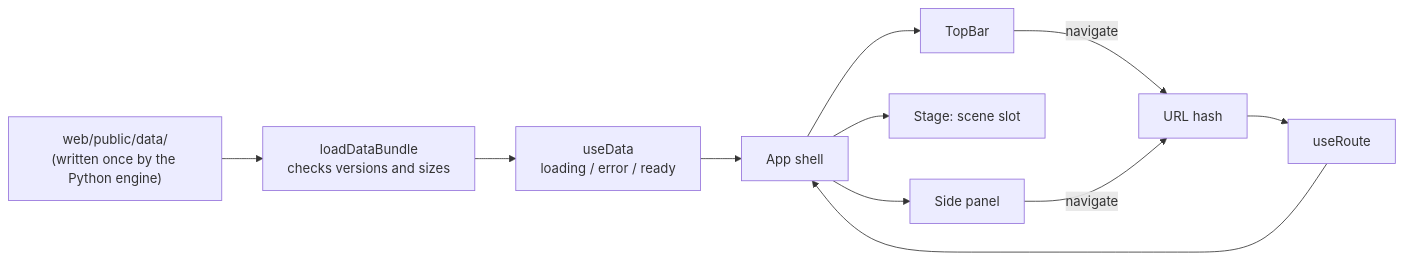
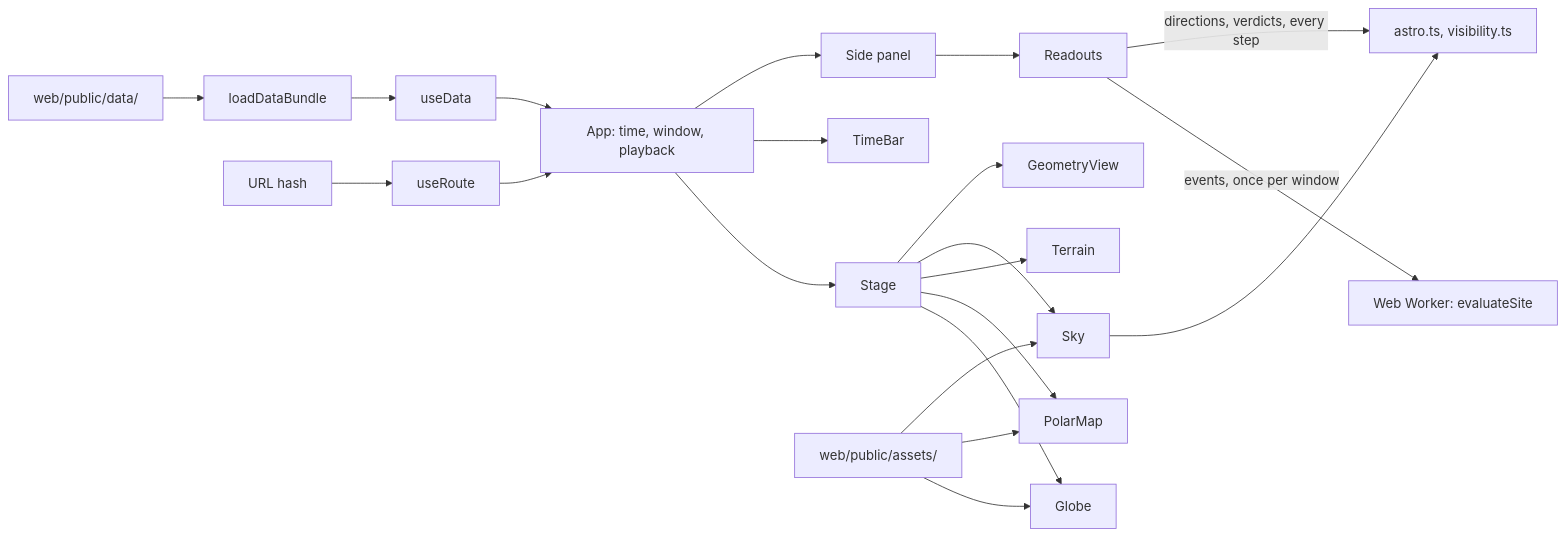
The first of 4 diagrams in docs/WEB_ARCHITECTURE.md (Yacin1102/Lunar-Landing-Site-Navigator), drawn with Mermaid before and after one commit. The commit also changed other lines of this file and 53 other files, not shown here.

First line of the commit message:
Rebuild the web UI, parts 3 to 9: scenes, time controls, readouts, About

````diff
--- a/docs/WEB_ARCHITECTURE.md
+++ b/docs/WEB_ARCHITECTURE.md
@@ -30,13 +37,22 @@
 ```mermaid
 flowchart LR
-  Files["web/public/data/<br/>(written once by the Python engine)"] --> Loader[loadDataBundle<br/>checks versions and sizes]
-  Loader --> Data[useData<br/>loading / error / ready]
+  Files["web/public/data/"] --> Loader[loadDataBundle] --> Data[useData]
   Hash[URL hash] --> Route[useRoute]
-  Route --> App
-  Data --> App[App shell]
-  App --> TopBar
-  App --> Stage[Stage: scene slot]
+  Data --> App
+  Route --> App[App: time, window, playback]
+  App --> Stage
+  App --> TimeBar
   App --> Panel[Side panel]
-  TopBar -- navigate --> Hash
-  Panel -- navigate --> Hash
+  Stage --> Globe
+  Stage --> PolarMap
+  Stage --> Terrain
+  Stage --> Sky
+  Stage --> GeometryView
+  Panel --> Readouts
+  Readouts -- "events, once per window" --> Worker[Web Worker: evaluateSite]
+  Readouts -- "directions, verdicts, every step" --> Engine[astro.ts, visibility.ts]
+  Sky --> Engine
+  Assets["web/public/assets/"] --> Globe
+  Assets --> PolarMap
+  Assets --> Sky
 ```
````
